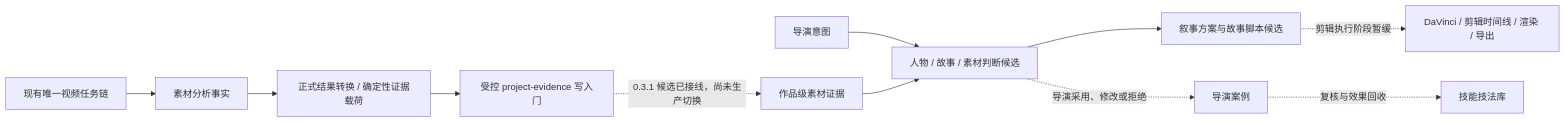
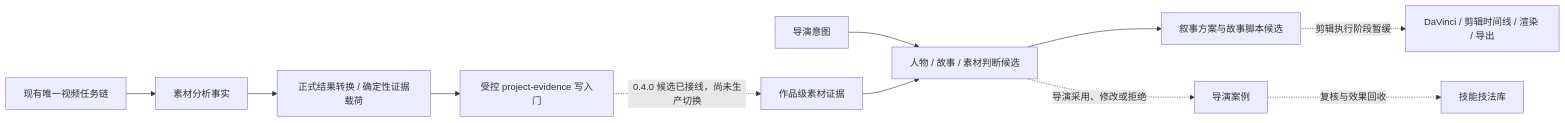
One commit to MAKingljx/video-autoworker changed the second of 2 diagrams in docs/architecture/director-brain.md. Above: the diagram before and after it, drawn with Mermaid. The commit also changed other lines of this file and 123 other files, not shown here.

````diff
--- a/docs/architecture/director-brain.md
+++ b/docs/architecture/director-brain.md
@@ -133,13 +156,13 @@
 ```mermaid
 flowchart LR
   M["现有唯一视频任务链"] --> A["素材分析事实"]
   A --> P["正式结果转换 / 确定性证据载荷"]
   P --> G["受控 project-evidence 写入门"]
-  G -. "0.3.1 候选已接线，尚未生产切换" .-> E["作品级素材证据"]
+  G -. "0.4.0 候选已接线，尚未生产切换" .-> E["作品级素材证据"]
   I["导演意图"] --> J["人物 / 故事 / 素材判断候选"]
   E --> J
   J --> N["叙事方案与故事脚本候选"]
   N -. "剪辑执行阶段暂缓" .-> D["DaVinci / 剪辑时间线 / 渲染 / 导出"]
   J -. "导演采用、修改或拒绝" .-> C["导演案例"]
   C -. "复核与效果回收" .-> K["技能技法库"]
 ```
````
